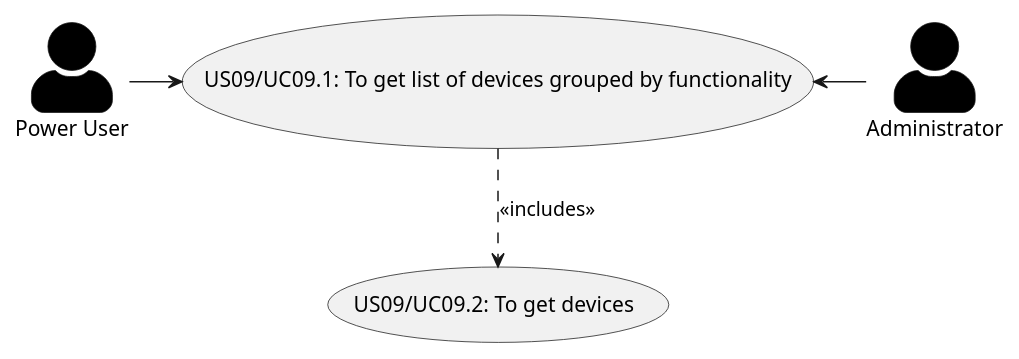
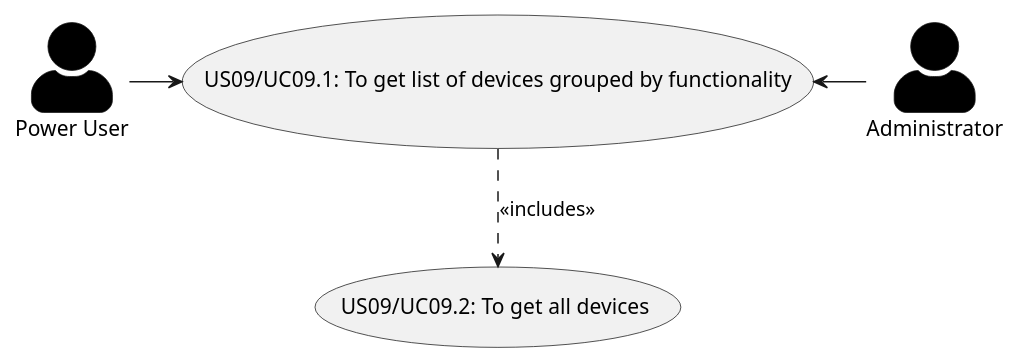
Before and after one commit to olivDiogo/SmartHome: the diagram in docs/ooa/useCaseDiagram/US09GetListOfDevicesGroupedByFuncionality.puml, drawn with PlantUML. The commit also changed 1 other file, not shown here.

```diff
--- a/docs/ooa/useCaseDiagram/US09GetListOfDevicesGroupedByFuncionality.puml
+++ b/docs/ooa/useCaseDiagram/US09GetListOfDevicesGroupedByFuncionality.puml
@@ -1,19 +1,19 @@
 @startuml
 'https://plantuml.com/use-case-diagram
 'left to right direction
 skinparam actorStyle awesome
 skinparam ActorBackgroundColor black
 
 :Administrator: as Admin
 :Power User: as Power_User
 
 (US09/UC09.1: To get list of devices grouped by functionality) as (Use9.1)
-(US09/UC09.2: To get devices) as (Use9.2)
+(US09/UC09.2: To get all devices) as (Use9.2)
 
 Admin -left-> (Use9.1)
 
 Power_User -right-> (Use9.1)
 
 (Use9.1) ..> (Use9.2): <<includes>>
 
 @enduml
```
